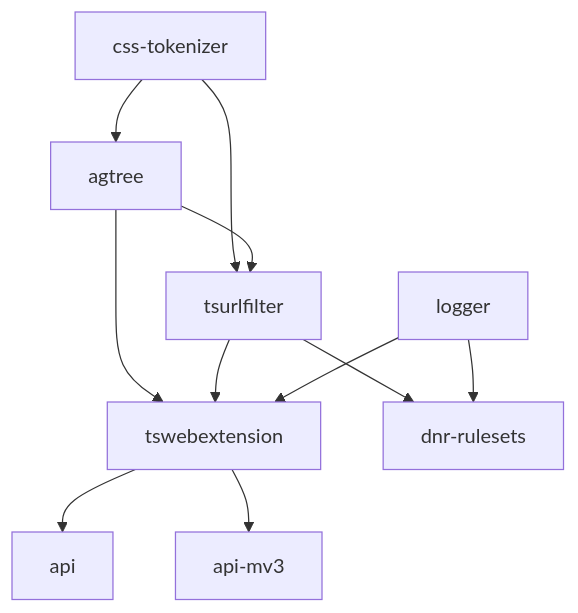
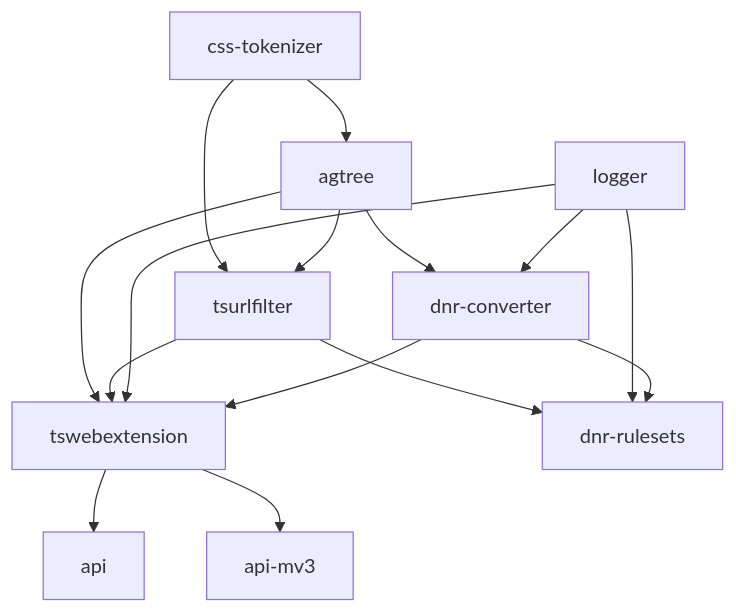
The diagram in README.md (AdguardTeam/tsurlfilter), drawn with Mermaid before and after one commit. The commit also changed other lines of this file and 311 other files, not shown here.

First line of the commit message:
Pull request 1728: AG-45668: extract dnr-converter from tsurlfilter as separate package

````diff
--- a/README.md
+++ b/README.md
@@ -77,13 +80,17 @@
 ```mermaid
 graph TD
     css-tokenizer --> agtree
     css-tokenizer --> tsurlfilter
     agtree --> tsurlfilter
     agtree --> tswebextension
+    agtree --> dnr-converter
     tsurlfilter --> tswebextension
     tsurlfilter --> dnr-rulesets
     logger --> tswebextension
     logger --> dnr-rulesets
+    logger --> dnr-converter
+    dnr-converter --> tswebextension
+    dnr-converter --> dnr-rulesets
     tswebextension --> api
     tswebextension --> api-mv3
 ```
````
